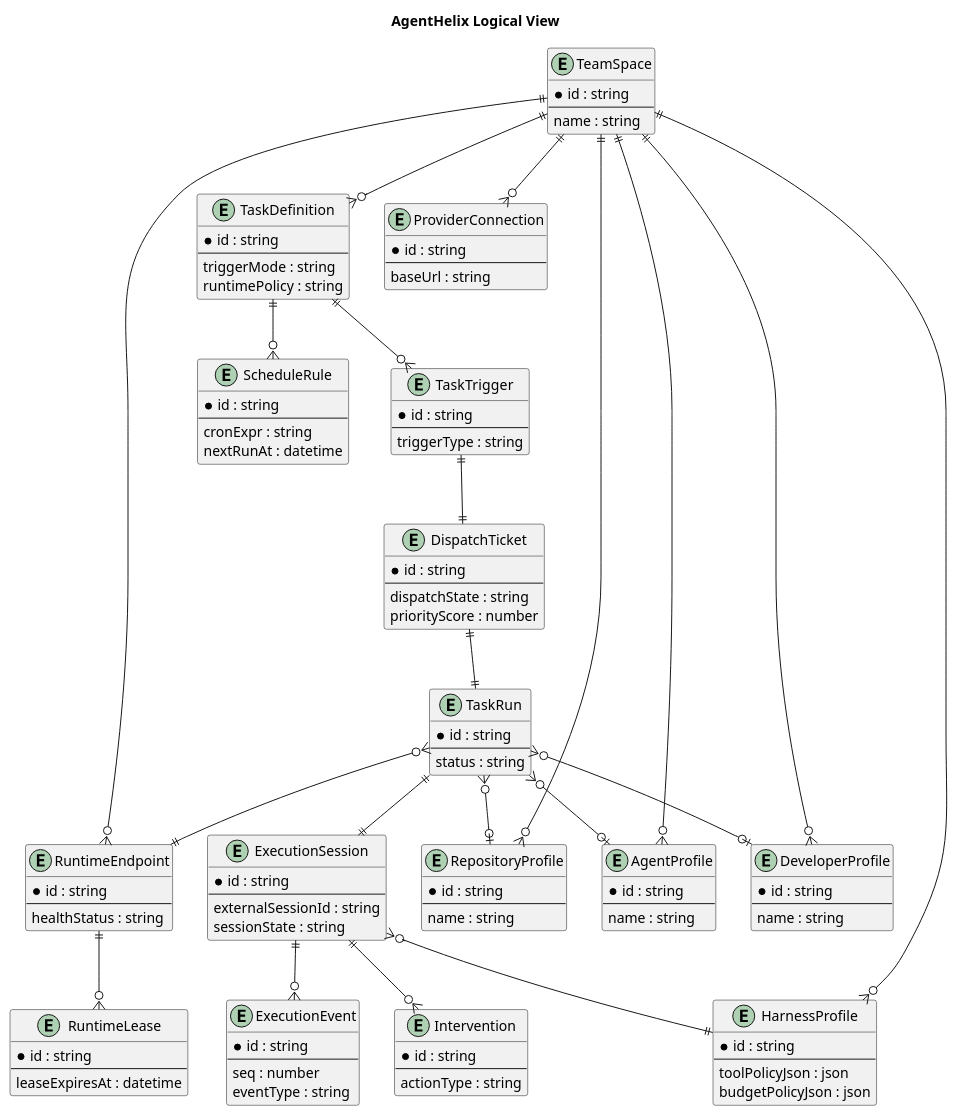
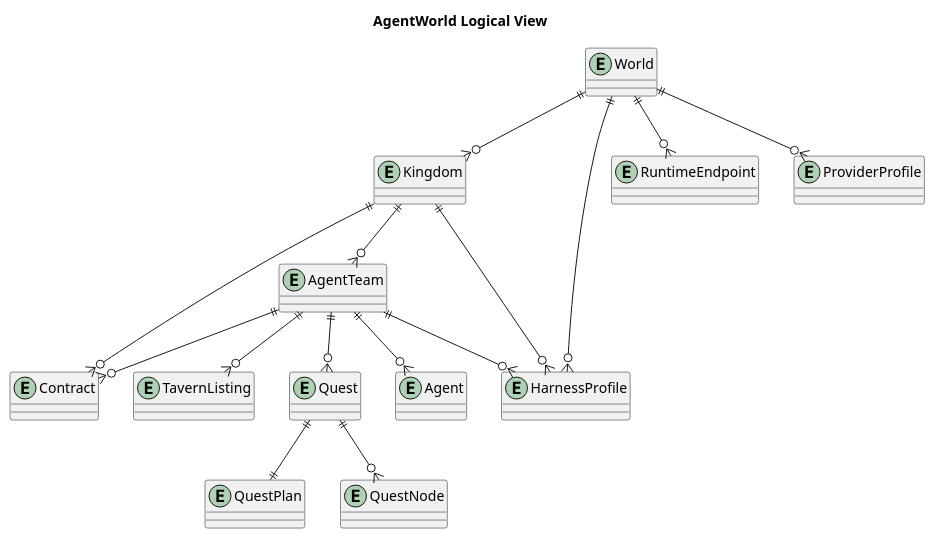
The first of 7 diagrams in docs/detailed-design.en.md (SimonMing47/agent-world), drawn with PlantUML before and after one commit. The commit also changed other lines of this file and 3 other files, not shown here.

````diff
--- a/docs/detailed-design.en.md
+++ b/docs/detailed-design.en.md
@@ -1013,129 +906,34 @@
 ```plantuml
 @startuml
-title AgentHelix Logical View
+title AgentWorld Logical View
 
-entity TeamSpace {
-  *id : string
-  --
-  name : string
-}
+entity World
+entity Kingdom
+entity AgentTeam
+entity Agent
+entity TavernListing
+entity Contract
+entity Quest
+entity QuestPlan
+entity QuestNode
+entity HarnessProfile
+entity RuntimeEndpoint
+entity ProviderProfile
 
-entity TaskDefinition {
-  *id : string
-  --
-  triggerMode : string
-  runtimePolicy : string
-}
-
-entity TaskTrigger {
-  *id : string
-  --
-  triggerType : string
-}
-
-entity DispatchTicket {
-  *id : string
-  --
-  dispatchState : string
-  priorityScore : number
-}
-
-entity TaskRun {
-  *id : string
-  --
-  status : string
-}
-
-entity ExecutionSession {
-  *id : string
-  --
-  externalSessionId : string
-  sessionState : string
-}
-
-entity ExecutionEvent {
-  *id : string
-  --
-  seq : number
-  eventType : string
-}
-
-entity RuntimeEndpoint {
-  *id : string
-  --
-  healthStatus : string
-}
-
-entity RuntimeLease {
-  *id : string
-  --
-  leaseExpiresAt : datetime
-}
-
-entity ScheduleRule {
-  *id : string
-  --
-  cronExpr : string
-  nextRunAt : datetime
-}
-
-entity Intervention {
-  *id : string
-  --
-  actionType : string
-}
-
-entity ProviderConnection {
-  *id : string
-  --
-  baseUrl : string
-}
-
-entity HarnessProfile {
-  *id : string
-  --
-  toolPolicyJson : json
-  budgetPolicyJson : json
-}
-
-entity RepositoryProfile {
-  *id : string
-  --
-  name : string
-}
-
-entity AgentProfile {
-  *id : string
-  --
-  name : string
-}
-
-entity DeveloperProfile {
-  *id : string
-  --
-  name : string
-}
-
-TeamSpace ||--o{ TaskDefinition
-TeamSpace ||--o{ RuntimeEndpoint
-TeamSpace ||--o{ ProviderConnection
-TeamSpace ||--o{ HarnessProfile
-TeamSpace ||--o{ RepositoryProfile
-TeamSpace ||--o{ AgentProfile
-TeamSpace ||--o{ DeveloperProfile
-TaskDefinition ||--o{ ScheduleRule
-TaskDefinition ||--o{ TaskTrigger
-TaskTrigger ||--|| DispatchTicket
-DispatchTicket ||--|| TaskRun
-TaskRun ||--|| ExecutionSession
-ExecutionSession ||--o{ ExecutionEvent
-ExecutionSession ||--o{ Intervention
-ExecutionSession }o--|| HarnessProfile
-RuntimeEndpoint ||--o{ RuntimeLease
-TaskRun }o--|| RuntimeEndpoint
-TaskRun }o--o| AgentProfile
-TaskRun }o--o| DeveloperProfile
-TaskRun }o--o| RepositoryProfile
+World ||--o{ Kingdom
+Kingdom ||--o{ AgentTeam
+AgentTeam ||--o{ Agent
+AgentTeam ||--o{ TavernListing
+AgentTeam ||--o{ Quest
+Quest ||--|| QuestPlan
+Quest ||--o{ QuestNode
+Kingdom ||--o{ Contract
+AgentTeam ||--o{ Contract
+World ||--o{ HarnessProfile
+Kingdom ||--o{ HarnessProfile
+AgentTeam ||--o{ HarnessProfile
+World ||--o{ RuntimeEndpoint
+World ||--o{ ProviderProfile
 
 @enduml
 ```
````
